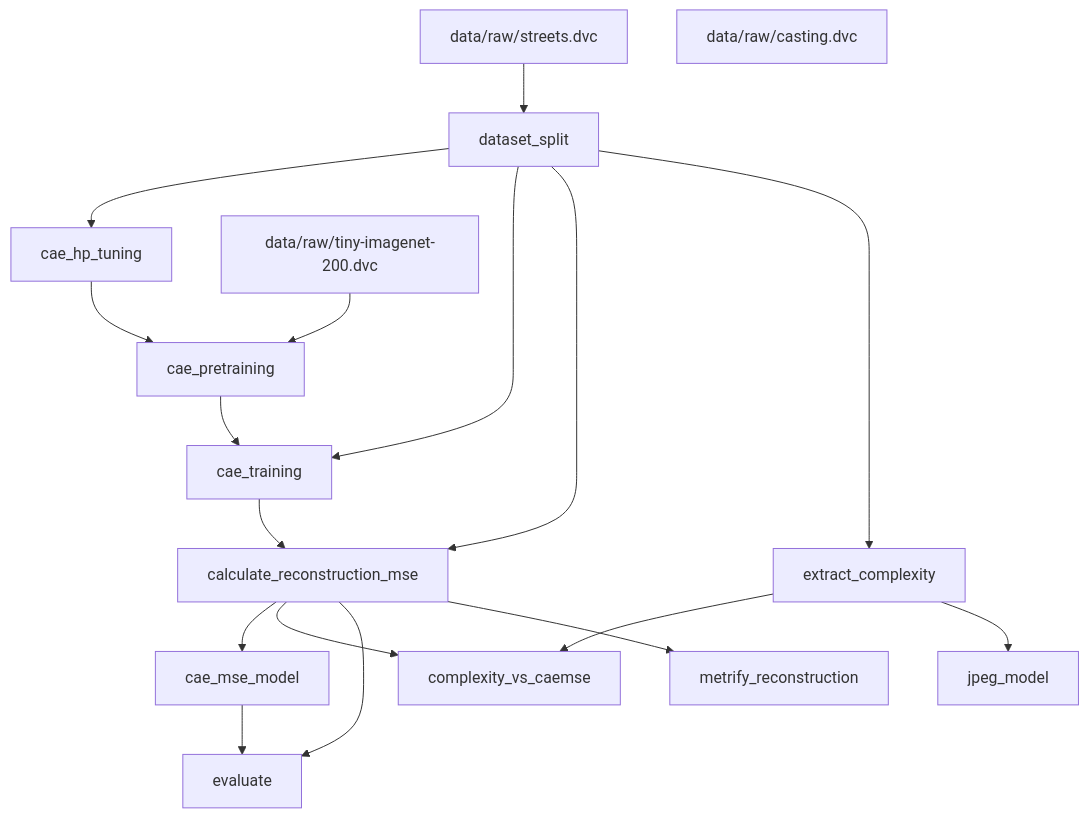
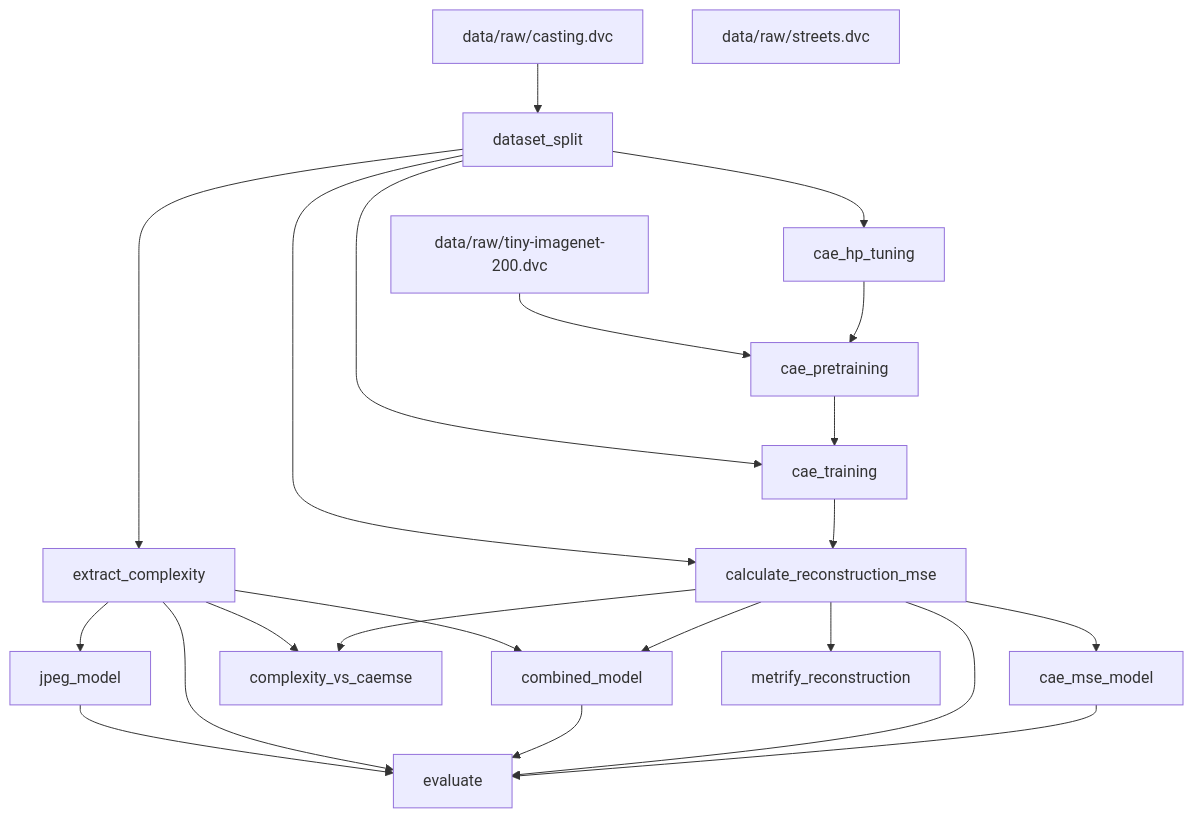
The diagram in visualisation/dag.md (alexsandercaac/img-complexity-cae), drawn with Mermaid before and after one commit. The commit also changed 13 other files, not shown here.

````diff
--- a/visualisation/dag.md
+++ b/visualisation/dag.md
@@ -1,33 +1,39 @@
 ```mermaid
 flowchart TD
 	node1["cae_hp_tuning"]
 	node2["cae_mse_model"]
 	node3["cae_pretraining"]
 	node4["cae_training"]
 	node5["calculate_reconstruction_mse"]
-	node6["complexity_vs_caemse"]
-	node7["data/raw/streets.dvc"]
-	node8["data/raw/tiny-imagenet-200.dvc"]
-	node9["dataset_split"]
-	node10["evaluate"]
-	node11["extract_complexity"]
-	node12["jpeg_model"]
-	node13["metrify_reconstruction"]
+	node6["combined_model"]
+	node7["complexity_vs_caemse"]
+	node8["data/raw/casting.dvc"]
+	node9["data/raw/tiny-imagenet-200.dvc"]
+	node10["dataset_split"]
+	node11["evaluate"]
+	node12["extract_complexity"]
+	node13["jpeg_model"]
+	node14["metrify_reconstruction"]
 	node1-->node3
-	node2-->node10
+	node2-->node11
 	node3-->node4
 	node4-->node5
 	node5-->node2
 	node5-->node6
-	node5-->node10
-	node5-->node13
-	node7-->node9
-	node8-->node3
-	node9-->node1
-	node9-->node4
-	node9-->node5
-	node9-->node11
-	node11-->node6
-	node11-->node12
-	node14["data/raw/casting.dvc"]
+	node5-->node7
+	node5-->node11
+	node5-->node14
+	node6-->node11
+	node8-->node10
+	node9-->node3
+	node10-->node1
+	node10-->node4
+	node10-->node5
+	node10-->node12
+	node12-->node6
+	node12-->node7
+	node12-->node11
+	node12-->node13
+	node13-->node11
+	node15["data/raw/streets.dvc"]
 ```
````
